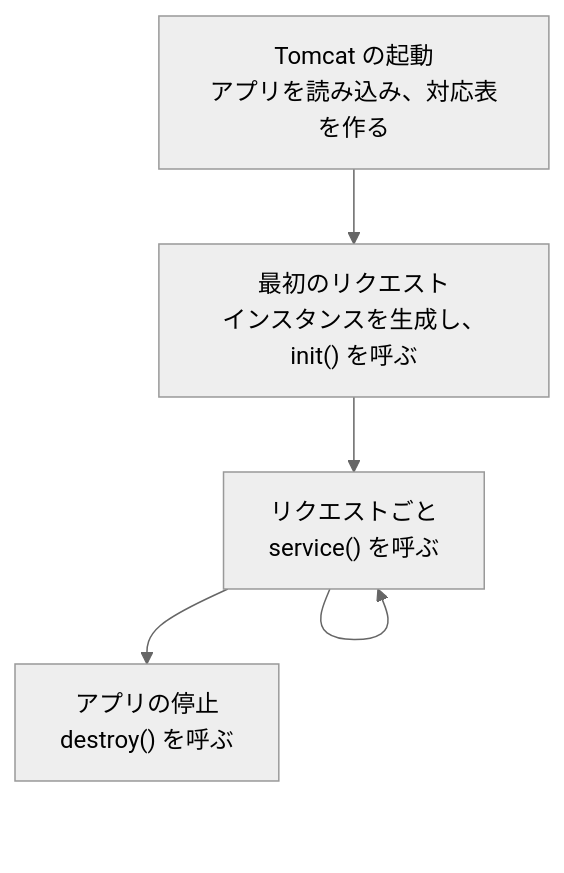
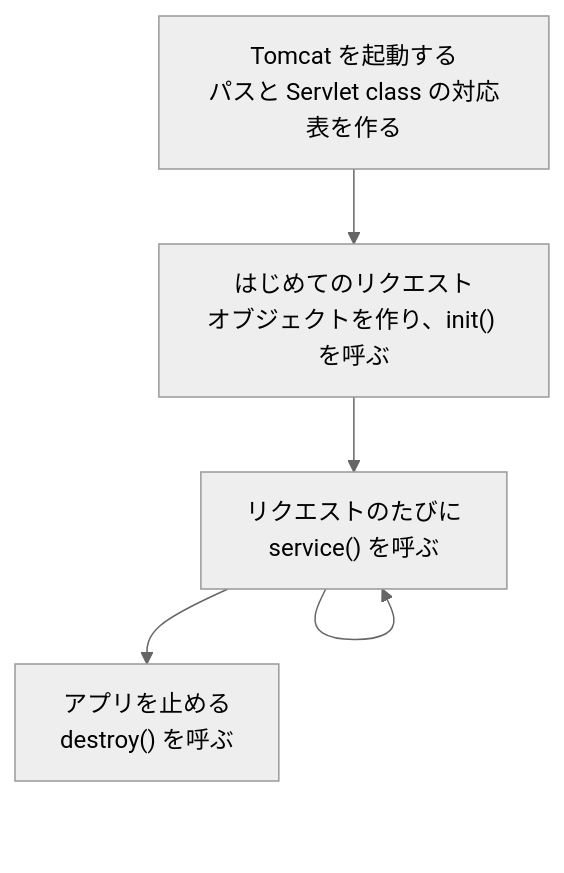
One commit to Appricot144/teaching-material changed the first of 2 diagrams in servlet/03-servlet-invocation/02-request-flow.md. Above: the diagram before and after it, drawn with Mermaid (neutral theme). The commit also changed other lines of this file and 3 other files, not shown here.

````diff
--- a/servlet/03-servlet-invocation/02-request-flow.md
+++ b/servlet/03-servlet-invocation/02-request-flow.md
@@ -9,10 +13,10 @@
 ```mermaid
 flowchart TB
-    A["Tomcat の起動<br/>アプリを読み込み、対応表を作る"]
-    B["最初のリクエスト<br/>インスタンスを生成し、init() を呼ぶ"]
-    C["リクエストごと<br/>service() を呼ぶ"]
-    D["アプリの停止<br/>destroy() を呼ぶ"]
+    A["Tomcat を起動する<br/>パスと Servlet class の対応表を作る"]
+    B["はじめてのリクエスト<br/>オブジェクトを作り、init() を呼ぶ"]
+    C["リクエストのたびに<br/>service() を呼ぶ"]
+    D["アプリを止める<br/>destroy() を呼ぶ"]
     A --> B --> C
     C --> C
     C --> D
 ```
````
